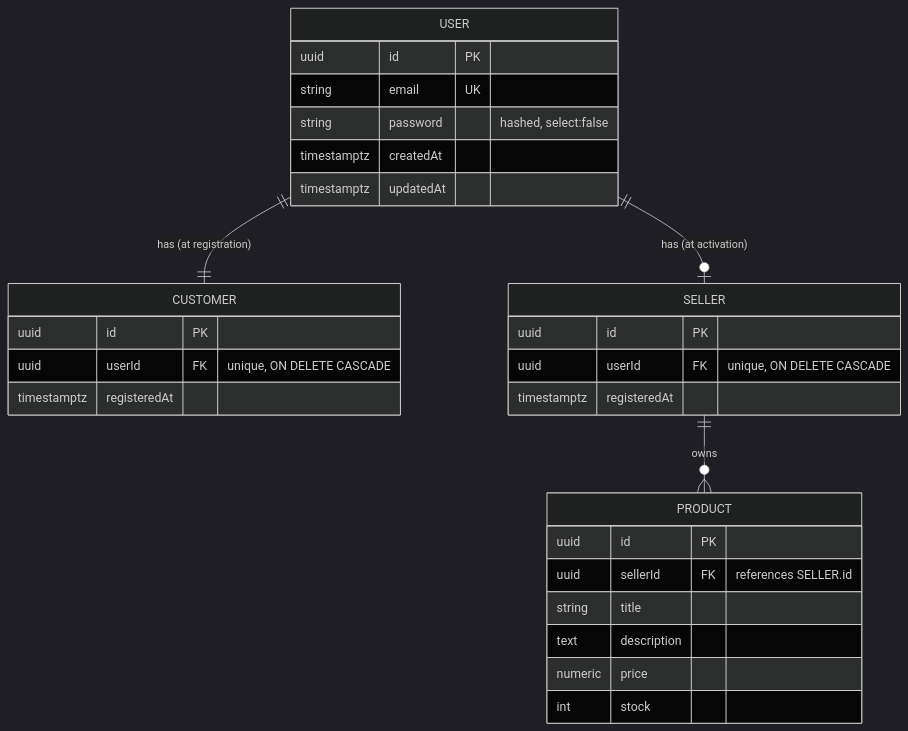
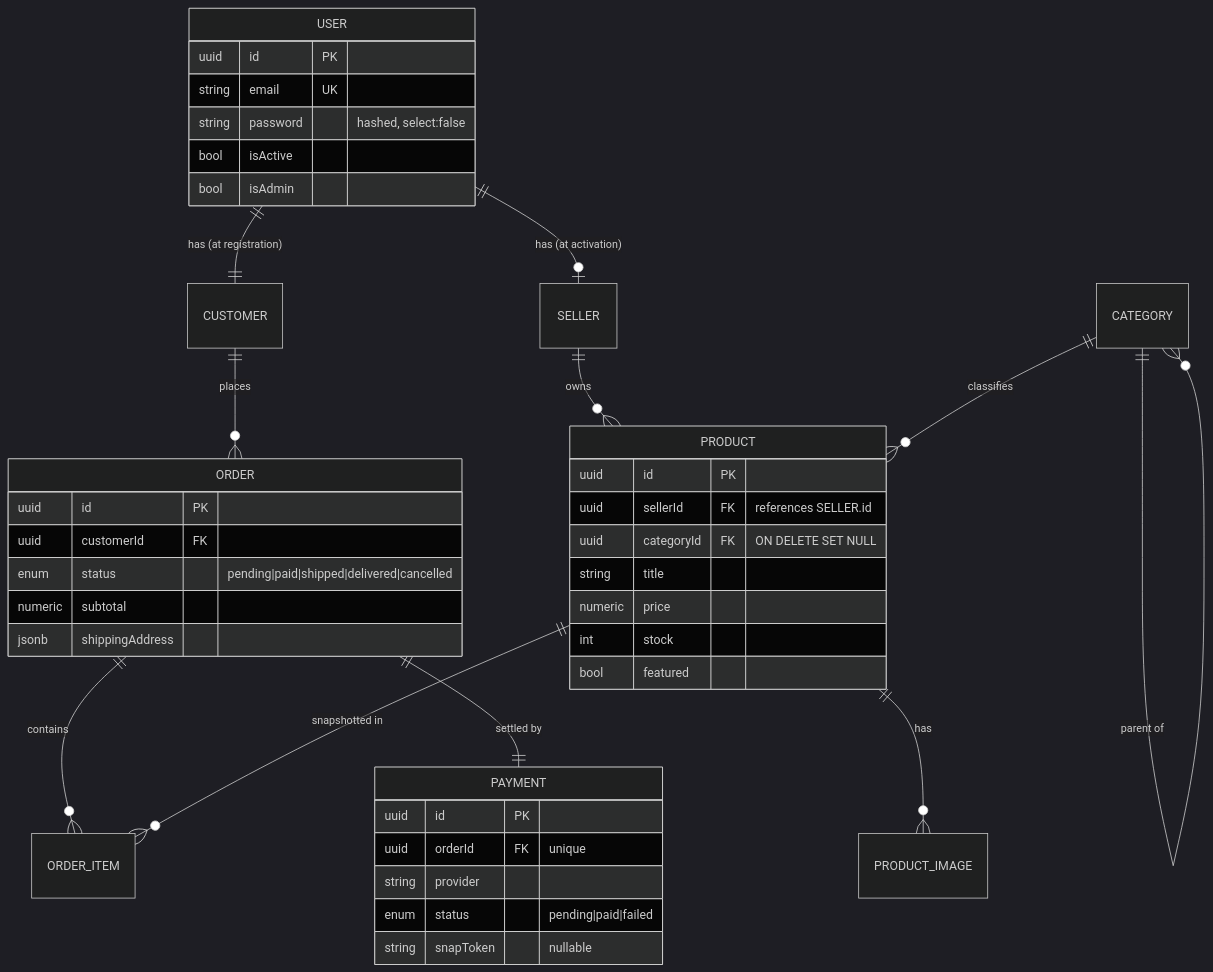
One commit to rezaif79-ri/nest-js-101 changed the diagram in README.md. Above: the diagram before and after it, drawn with Mermaid (dark theme). The commit also changed other lines of this file and 4 other files, not shown here.

````diff
--- a/README.md
+++ b/README.md
@@ -34,32 +43,44 @@
 ```mermaid
 erDiagram
-    USER ||--|| CUSTOMER : "has (at registration)"
-    USER ||--o| SELLER   : "has (at activation)"
-    SELLER ||--o{ PRODUCT : "owns"
+    USER     ||--|| CUSTOMER      : "has (at registration)"
+    USER     ||--o| SELLER        : "has (at activation)"
+    SELLER   ||--o{ PRODUCT       : "owns"
+    CATEGORY ||--o{ PRODUCT       : "classifies"
+    CATEGORY ||--o{ CATEGORY      : "parent of"
+    PRODUCT  ||--o{ PRODUCT_IMAGE : "has"
+    CUSTOMER ||--o{ ORDER         : "places"
+    ORDER    ||--o{ ORDER_ITEM    : "contains"
+    ORDER    ||--|| PAYMENT       : "settled by"
+    PRODUCT  ||--o{ ORDER_ITEM    : "snapshotted in"
 
     USER {
         uuid id PK
         string email UK
         string password "hashed, select:false"
-        timestamptz createdAt
-        timestamptz updatedAt
-    }
-    CUSTOMER {
-        uuid id PK
-        uuid userId FK "unique, ON DELETE CASCADE"
-        timestamptz registeredAt
-    }
-    SELLER {
-        uuid id PK
-        uuid userId FK "unique, ON DELETE CASCADE"
-        timestamptz registeredAt
+        bool isActive
+        bool isAdmin
     }
     PRODUCT {
         uuid id PK
         uuid sellerId FK "references SELLER.id"
+        uuid categoryId FK "ON DELETE SET NULL"
         string title
-        text description
         numeric price
         int stock
+        bool featured
+    }
+    ORDER {
+        uuid id PK
+        uuid customerId FK
+        enum status "pending|paid|shipped|delivered|cancelled"
+        numeric subtotal
+        jsonb shippingAddress
+    }
+    PAYMENT {
+        uuid id PK
+        uuid orderId FK "unique"
+        string provider
+        enum status "pending|paid|failed"
+        string snapToken "nullable"
     }
 ```
````
